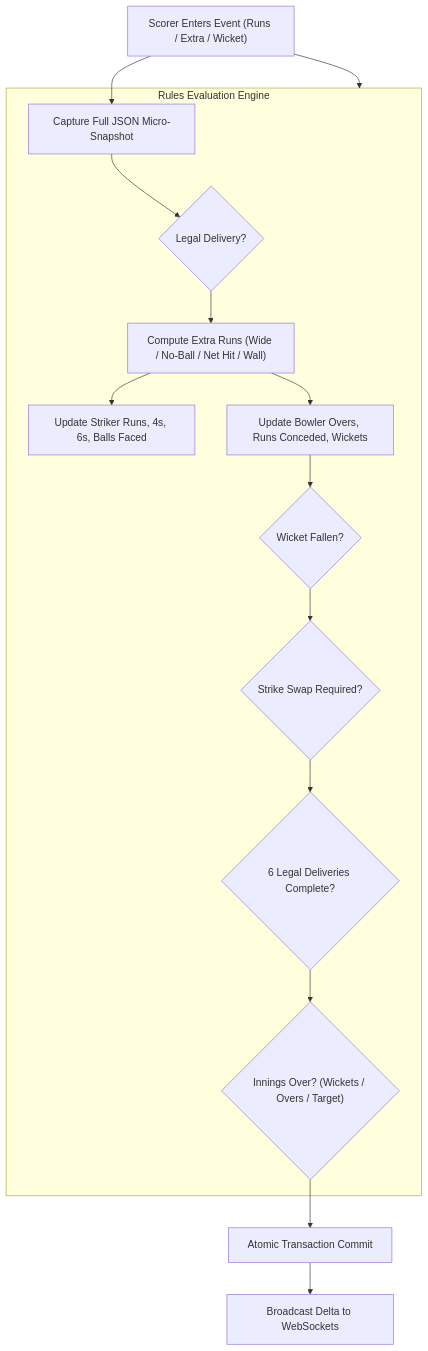
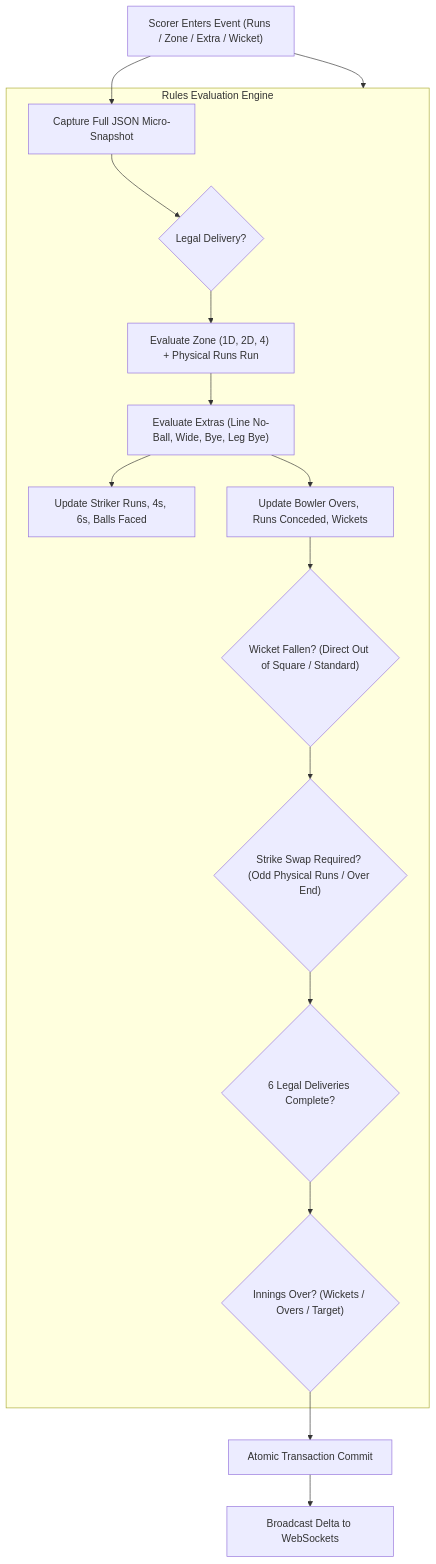
The first of 2 diagrams in docs/SCORING_ENGINE.md (Yajat-Sharma/BPL), drawn with Mermaid before and after one commit. The commit also changed other lines of this file and 4 other files, not shown here.

Commit message:
docs: update all five architecture documents with official BPL box cricket ground rules (no roof net, zones 1D/2D/4, line no-ball, direct out of square)

````diff
--- a/docs/SCORING_ENGINE.md
+++ b/docs/SCORING_ENGINE.md
@@ -7,28 +7,30 @@
 ```mermaid
 flowchart TD
-    DeliveryInput["Scorer Enters Event (Runs / Extra / Wicket)"] --> RulesEngine["Box Cricket Rules Processor"]
+    DeliveryInput["Scorer Enters Event (Runs / Zone / Extra / Wicket)"] --> RulesEngine["BPL Ground Rules Processor"]
     
     subgraph RulesEngine ["Rules Evaluation Engine"]
         LegalCheck{"Legal Delivery?"}
         Snapshotter["Capture Full JSON Micro-Snapshot"]
-        ExtrasCalc["Compute Extra Runs (Wide / No-Ball / Net Hit / Wall)"]
+        ZoneRunsCalc["Evaluate Zone (1D, 2D, 4) + Physical Runs Run"]
+        ExtrasCalc["Evaluate Extras (Line No-Ball, Wide, Bye, Leg Bye)"]
         BatScorecard["Update Striker Runs, 4s, 6s, Balls Faced"]
         BowlScorecard["Update Bowler Overs, Runs Conceded, Wickets"]
-        WicketHandler{"Wicket Fallen?"}
-        StrikeRotator{"Strike Swap Required?"}
+        WicketHandler{"Wicket Fallen? (Direct Out of Square / Standard)"}
+        StrikeRotator{"Strike Swap Required? (Odd Physical Runs / Over End)"}
         OverCheck{"6 Legal Deliveries Complete?"}
         InningsEnd{"Innings Over? (Wickets / Overs / Target)"}
     end
 
     DeliveryInput --> Snapshotter
     Snapshotter --> LegalCheck
-    LegalCheck --> ExtrasCalc
+    LegalCheck --> ZoneRunsCalc
+    ZoneRunsCalc --> ExtrasCalc
     ExtrasCalc --> BatScorecard
     ExtrasCalc --> BowlScorecard
     BowlScorecard --> WicketHandler
     WicketHandler --> StrikeRotator
     StrikeRotator --> OverCheck
     OverCheck --> InningsEnd
     InningsEnd --> CommitDB["Atomic Transaction Commit"]
     CommitDB --> WSBroadcast["Broadcast Delta to WebSockets"]
 ```
````
